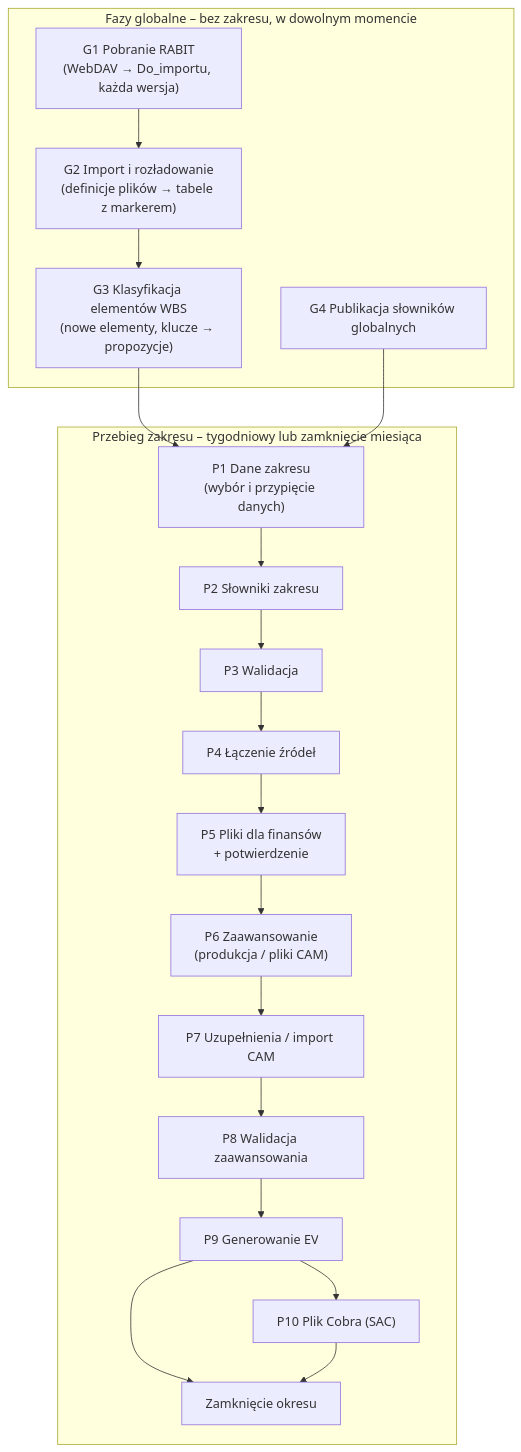
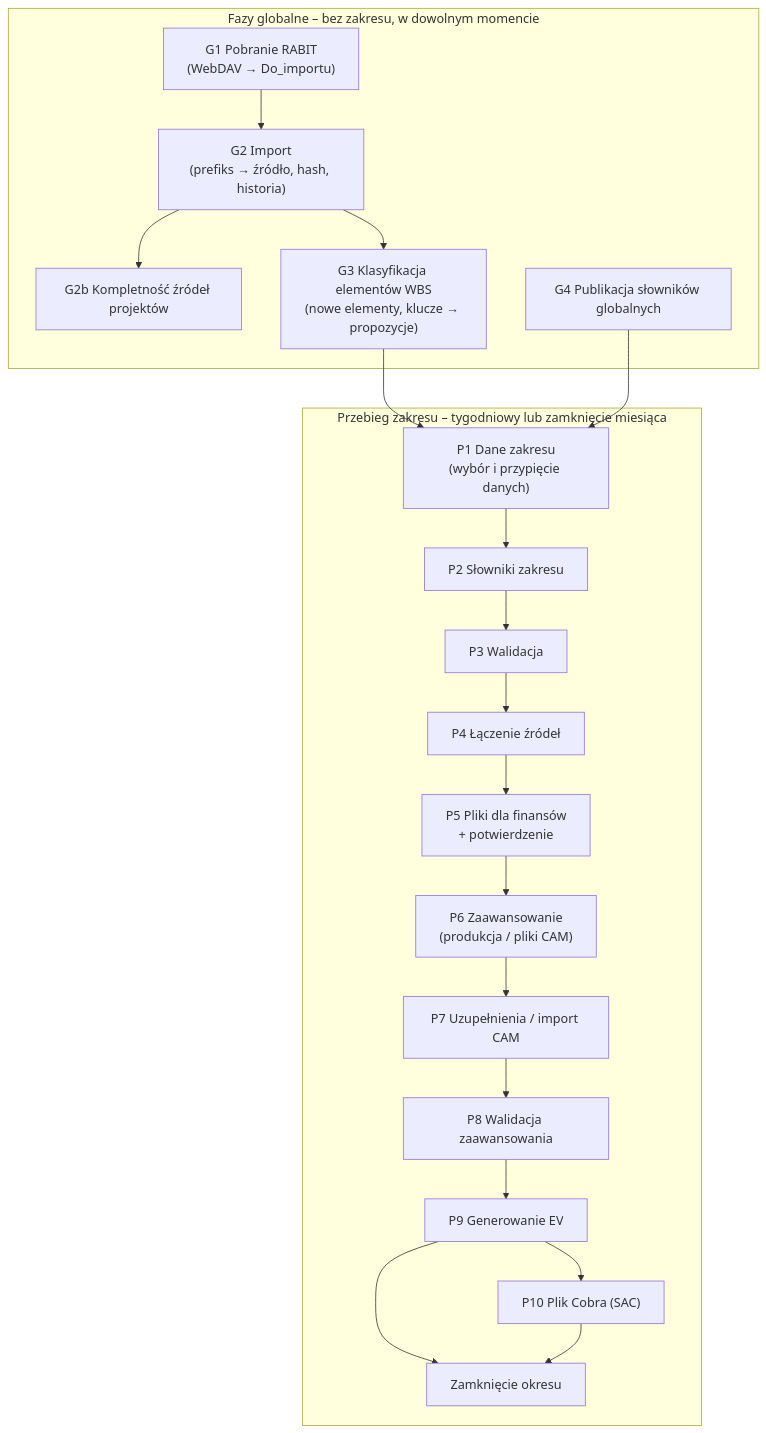
One commit to skrobi/ahd changed the diagram in docs/pipeline-fazy.md. Above: the diagram before and after it, drawn with Mermaid. The commit also changed other lines of this file and 13 other files, not shown here.

First line of the commit message:
Import RABIT zgodny z architekturą: źródło po prefiksie nazwy, każdy rozpoznany plik osobno, kompletność źródeł projektów

````diff
--- a/docs/pipeline-fazy.md
+++ b/docs/pipeline-fazy.md
@@ -31,23 +31,24 @@
 ```mermaid
 flowchart TD
   subgraph G["Fazy globalne – bez zakresu, w dowolnym momencie"]
-    G1["G1 Pobranie RABIT<br/>(WebDAV → Do_importu, każda wersja)"] --> G2["G2 Import i rozładowanie<br/>(definicje plików → tabele z markerem)"]
+    G1["G1 Pobranie RABIT<br/>(WebDAV → Do_importu)"] --> G2["G2 Import<br/>(prefiks → źródło, hash, historia)"]
+    G2 --> G2b["G2b Kompletność źródeł projektów"]
     G2 --> G3["G3 Klasyfikacja elementów WBS<br/>(nowe elementy, klucze → propozycje)"]
     G4["G4 Publikacja słowników globalnych"]
   end
   subgraph P["Przebieg zakresu – tygodniowy lub zamknięcie miesiąca"]
     P1["P1 Dane zakresu<br/>(wybór i przypięcie danych)"] --> P2["P2 Słowniki zakresu"]
     P2 --> P3["P3 Walidacja"]
     P3 --> P4["P4 Łączenie źródeł"]
     P4 --> P5["P5 Pliki dla finansów<br/>+ potwierdzenie"]
     P5 --> P6["P6 Zaawansowanie<br/>(produkcja / pliki CAM)"]
     P6 --> P7["P7 Uzupełnienia / import CAM"]
     P7 --> P8["P8 Walidacja zaawansowania"]
     P8 --> P9["P9 Generowanie EV"]
     P9 --> P10["P10 Plik Cobra (SAC)"]
     P9 --> Z["Zamknięcie okresu"]
     P10 --> Z
   end
   G3 --> P1
   G4 --> P1
 ```
````
